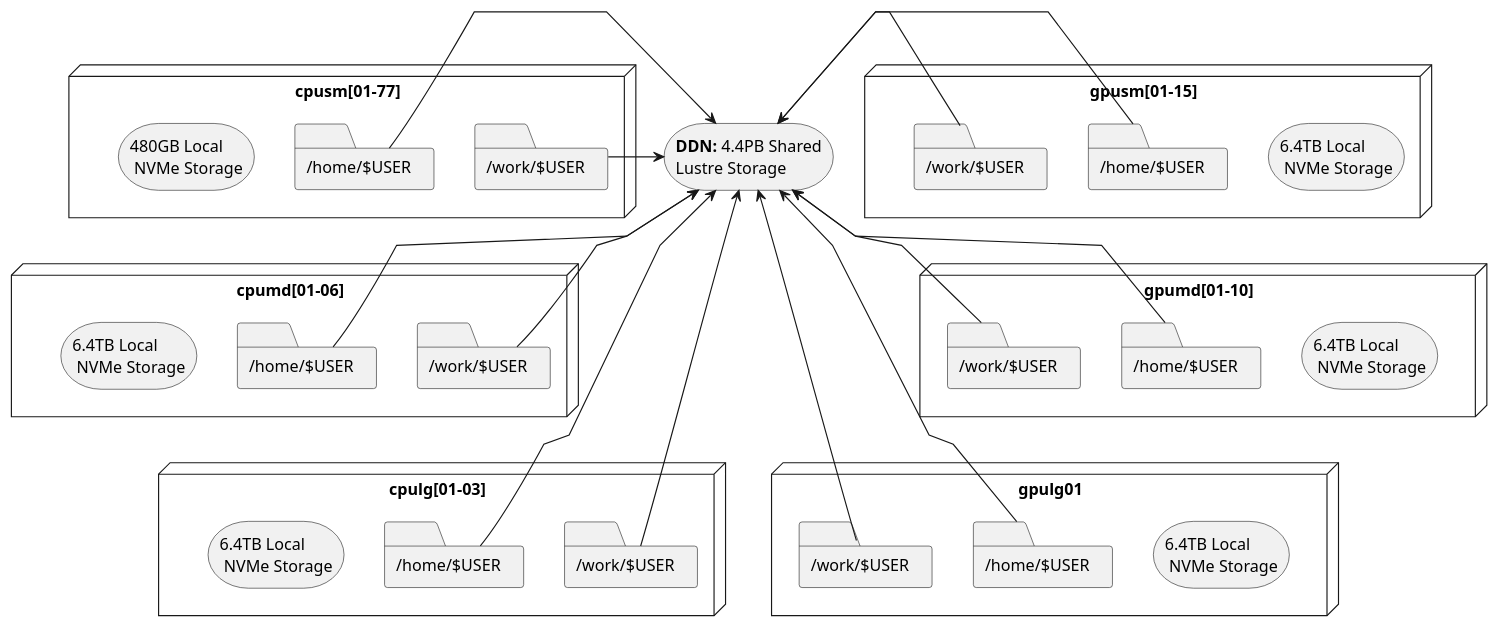
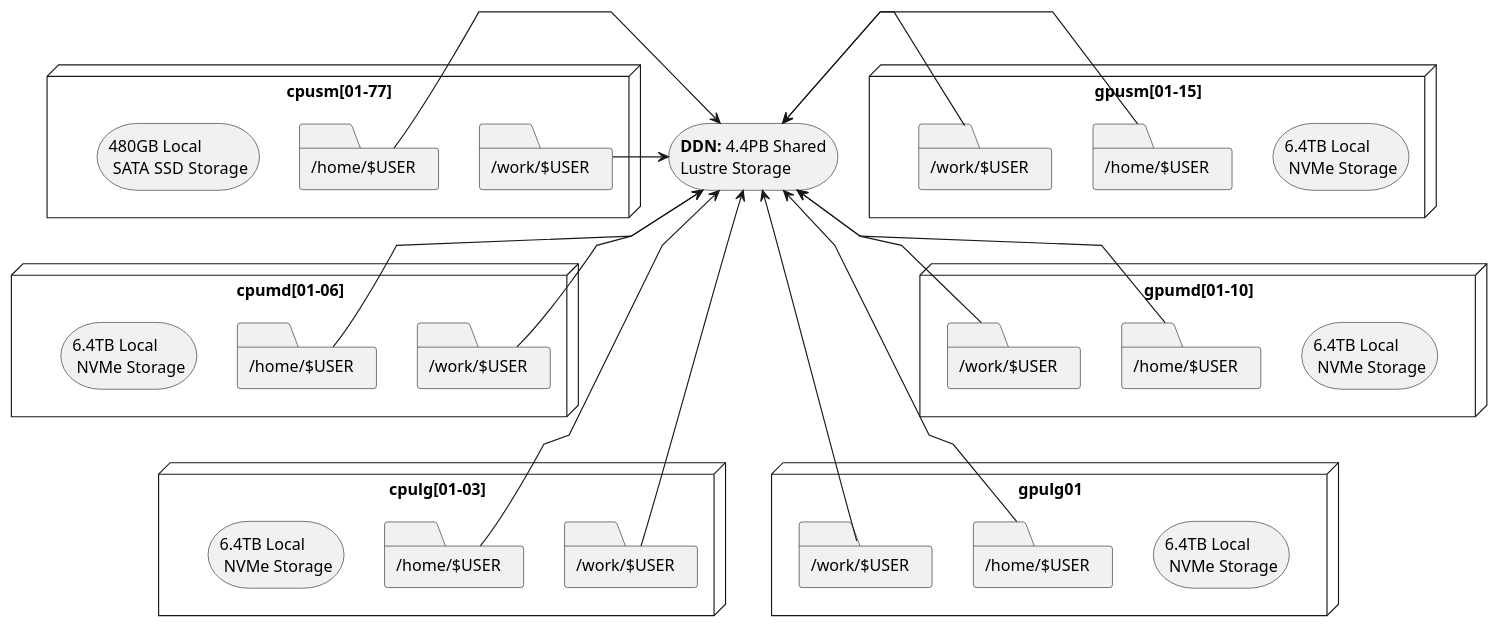
The diagram in guides/storage/images/logical_storage_architecture.puml (ularc/zurada), drawn with PlantUML before and after one commit. The commit also changed 5 other files, not shown here.

Commit message:
fix storage guide diagrams to reflect Zurada

```diff
--- a/guides/storage/images/logical_storage_architecture.puml
+++ b/guides/storage/images/logical_storage_architecture.puml
@@ -1,92 +1,92 @@
 @startuml
 skinparam linetype polyline
 
 storage "<b>DDN:</b> 4.4PB Shared\nLustre Storage" as ddn
 
 node "cpusm[01-77]" as cpusm {
   folder "/home/$USER" as cpusm_home {
   }
   folder "/work/$USER" as cpusm_work {
   }
-  storage "480GB Local\n NVMe Storage" as cpusm_storage
+  storage "480GB Local\n SATA SSD Storage" as cpusm_storage
 }
 
 cpusm_storage -[hidden]right-> cpusm_home
 cpusm_home -[hidden]right-> cpusm_work
 
 node "cpumd[01-06]" as cpumd {
   folder "/home/$USER" as cpumd_home {
   }
   folder "/work/$USER" as cpumd_work {
   }
   storage "6.4TB Local\n NVMe Storage" as cpumd_storage
 }
 
 cpumd_storage -[hidden]right-> cpumd_home
 cpumd_home -[hidden]right-> cpumd_work
 
 node "cpulg[01-03]" as cpulg {
   folder "/home/$USER" as cpulg_home {
   }
   folder "/work/$USER" as cpulg_work {
   }
   storage "6.4TB Local\n NVMe Storage" as cpulg_storage
 }
 
 cpulg_storage -[hidden]right-> cpulg_home
 cpulg_home -[hidden]right-> cpulg_work
 
 node "gpusm[01-15]" as gpusm {
   folder "/home/$USER" as gpusm_home {
   }
   folder "/work/$USER" as gpusm_work {
   }
   storage "6.4TB Local\n NVMe Storage" as gpusm_storage
 }
 
 gpusm_work -[hidden]right-> gpusm_home
 gpusm_home -[hidden]right-> gpusm_storage
 
 node "gpumd[01-10]" as gpumd {
   folder "/home/$USER" as gpumd_home {
   }
   folder "/work/$USER" as gpumd_work {
   }
   storage "6.4TB Local\n NVMe Storage" as gpumd_storage
 }
 
 gpumd_work -[hidden]right-> gpumd_home
 gpumd_home -[hidden]right-> gpumd_storage
 
 node "gpulg01" as gpulg {
   folder "/home/$USER" as gpulg_home {
   }
   folder "/work/$USER" as gpulg_work {
   }
   storage "6.4TB Local\n NVMe Storage" as gpulg_storage
 }
 
 gpulg_work -[hidden]right-> gpulg_home
 gpulg_home -[hidden]right-> gpulg_storage
 
 cpusm -[hidden]down-> cpumd
 cpumd -[hidden]down-> cpulg
 
 gpusm -[hidden]down-> gpumd
 gpumd -[hidden]down-> gpulg
 
 ddn <- cpusm_work
 ddn <- cpumd_work
 ddn <- cpulg_work
 ddn <- cpusm_home
 ddn <- cpumd_home
 ddn <- cpulg_home
 
 ddn <- gpusm_work
 ddn <- gpumd_work
 ddn <- gpulg_work
 ddn <- gpusm_home
 ddn <- gpumd_home
 ddn <- gpulg_home
 
 @enduml
```
